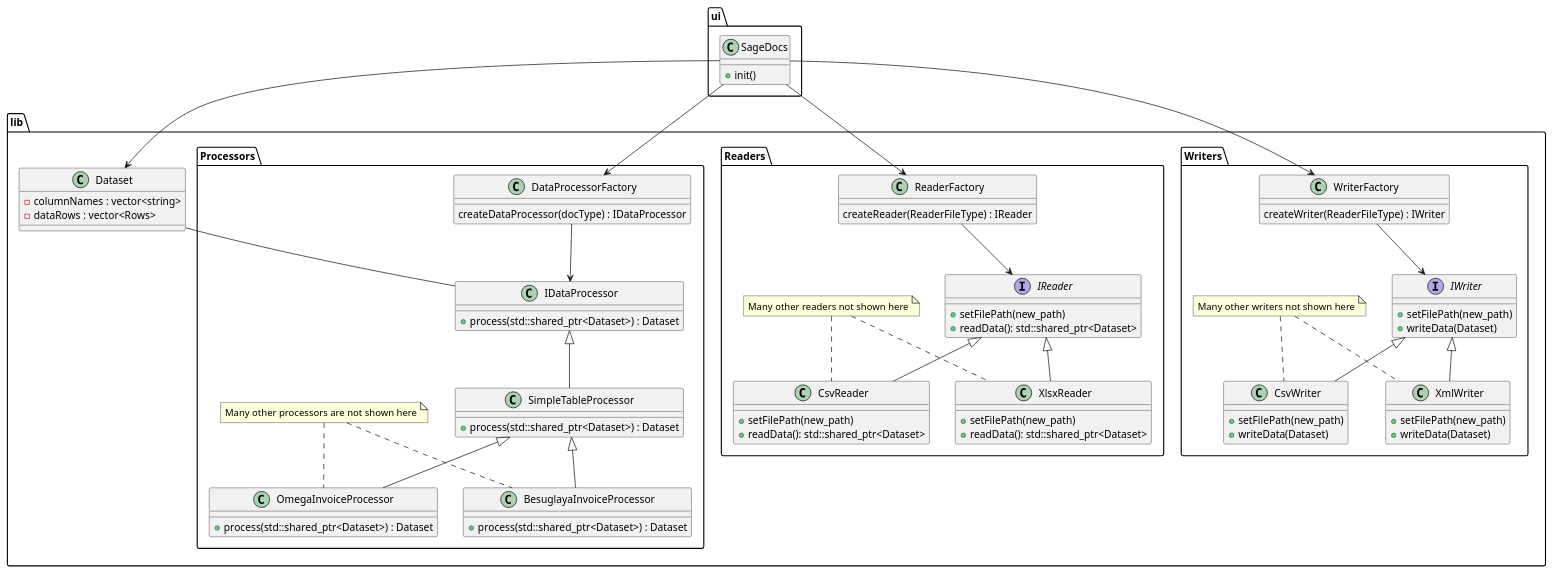
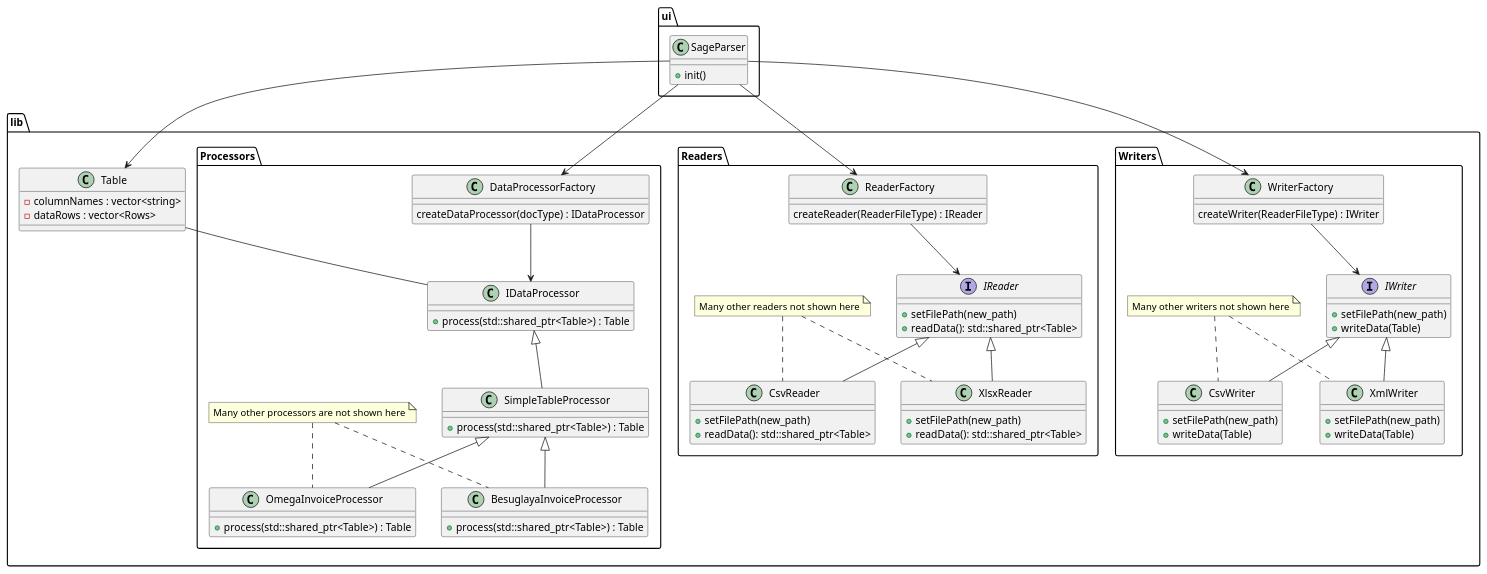
The diagram in docs/Library_Design.puml (Sage-Cat/SageParser), drawn with PlantUML before and after one commit. The commit also changed 42 other files, not shown here.

Commit message:
Rename SageDocs -> SageParser. Dataset -> Table

```diff
--- a/docs/Library_Design.puml
+++ b/docs/Library_Design.puml
@@ -1,117 +1,117 @@
 @startuml
 
 package ui {
-    class SageDocs
+    class SageParser
     {
         +init()
     }
 }
 
 package lib {
-    class Dataset {
+    class Table {
         -columnNames : vector<string>
         -dataRows : vector<Rows>
     }
 
     package Processors {
         class DataProcessorFactory
         {
             createDataProcessor(docType) : IDataProcessor
         }
 
         class IDataProcessor {
-            +process(std::shared_ptr<Dataset>) : Dataset
+            +process(std::shared_ptr<Table>) : Table
         }
 
         class SimpleTableProcessor {
-            +process(std::shared_ptr<Dataset>) : Dataset
+            +process(std::shared_ptr<Table>) : Table
         }
 
         class OmegaInvoiceProcessor {
-            +process(std::shared_ptr<Dataset>) : Dataset
+            +process(std::shared_ptr<Table>) : Table
         }
 
         class BesuglayaInvoiceProcessor {
-            +process(std::shared_ptr<Dataset>) : Dataset
+            +process(std::shared_ptr<Table>) : Table
         }
 
         note "Many other processors are not shown here" as N1
         N1 .. BesuglayaInvoiceProcessor
         N1 .. OmegaInvoiceProcessor
 
         SimpleTableProcessor -up-|> IDataProcessor
         BesuglayaInvoiceProcessor -up-|> SimpleTableProcessor
         OmegaInvoiceProcessor -up-|> SimpleTableProcessor
     }
 
     package Writers {
 
         class WriterFactory {
             createWriter(ReaderFileType) : IWriter
         } 
 
         interface IWriter {
             +setFilePath(new_path)
-            +writeData(Dataset)
+            +writeData(Table)
         }
 
         class CsvWriter {
             +setFilePath(new_path)
-            +writeData(Dataset)
+            +writeData(Table)
         }
 
         class XmlWriter {
             +setFilePath(new_path)
-            +writeData(Dataset)
+            +writeData(Table)
         }
 
         note "Many other writers not shown here" as N2
         N2 .. CsvWriter
         N2 .. XmlWriter
 
         CsvWriter -up-|> IWriter
         XmlWriter -up-|> IWriter
     }
 
     package Readers {
         class ReaderFactory {
             createReader(ReaderFileType) : IReader
         } 
 
         interface IReader {
             +setFilePath(new_path)
-            +readData(): std::shared_ptr<Dataset>
+            +readData(): std::shared_ptr<Table>
         }
 
         class CsvReader {
             +setFilePath(new_path)
-            +readData(): std::shared_ptr<Dataset>
+            +readData(): std::shared_ptr<Table>
         }
 
         class XlsxReader {
             +setFilePath(new_path)
-            +readData(): std::shared_ptr<Dataset>
+            +readData(): std::shared_ptr<Table>
         }
 
         note "Many other readers not shown here" as N3
         N3 .. CsvReader
         N3 .. XlsxReader
 
         CsvReader -up-|> IReader
         XlsxReader -up-|> IReader
     }
 
-    Dataset -- IDataProcessor
+    Table -- IDataProcessor
 }
 
 
 ReaderFactory --> IReader
 WriterFactory --> IWriter
 DataProcessorFactory --> IDataProcessor
 
-SageDocs --> DataProcessorFactory
-SageDocs --> WriterFactory
-SageDocs --> ReaderFactory
-SageDocs --> Dataset
+SageParser --> DataProcessorFactory
+SageParser --> WriterFactory
+SageParser --> ReaderFactory
+SageParser --> Table
 
 @enduml
```
